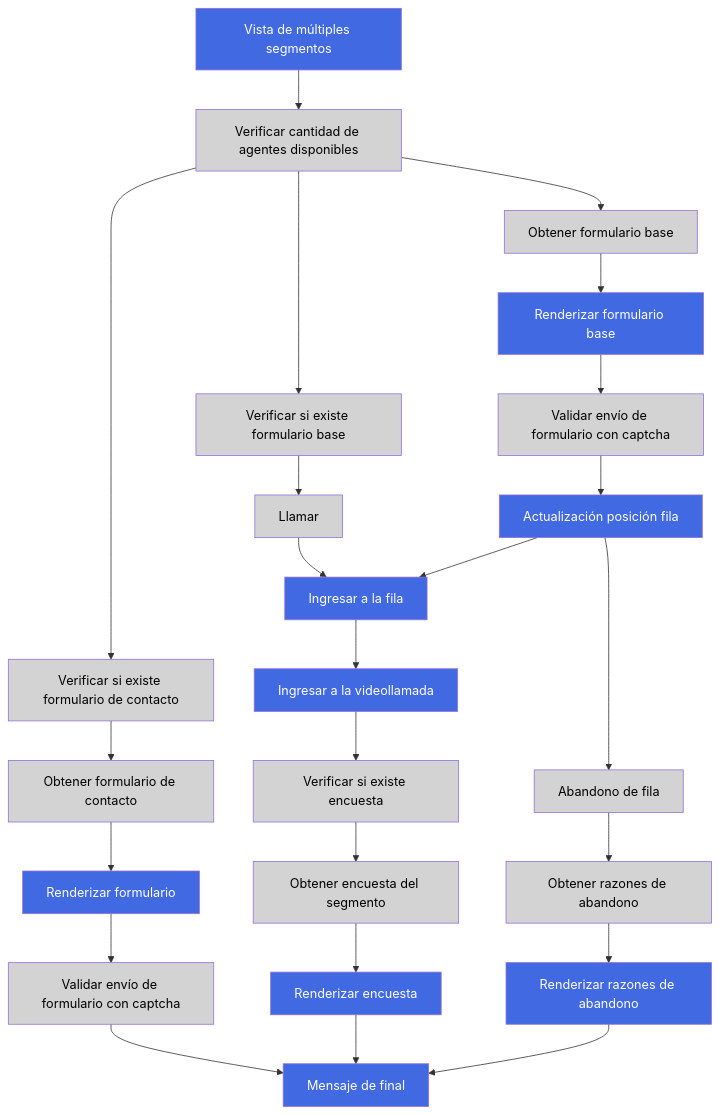
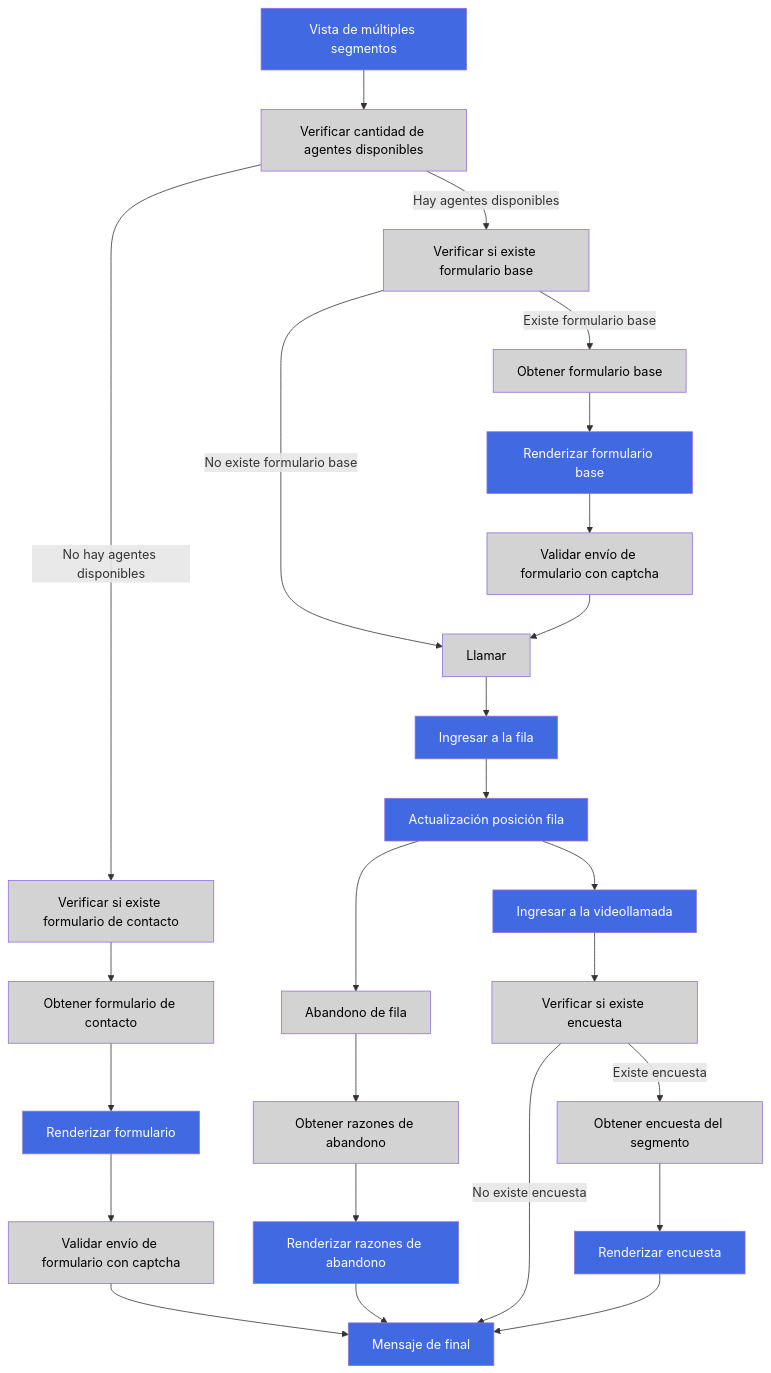
The diagram in sdks/phone/eventos.md (videsk/developers-docs-es), drawn with Mermaid before and after one commit.

Commit message:
GITBOOK-304: change request with no subject merged in GitBook

````diff
--- a/sdks/phone/eventos.md
+++ b/sdks/phone/eventos.md
@@ -5,74 +5,72 @@
 ```mermaid
 flowchart TB
-    %% Definición de estilos
-    classDef interface fill:#4169E1,color:white
-    classDef process fill:#D3D3D3,color:black
-
-    %% Nodos principales
-    Start[Vista de múltiples segmentos]:::interface
-    F2[Verificar cantidad de agentes disponibles]:::process
-    
-    %% Rama superior
-    F3[Verificar si existe formulario de contacto]:::process
-    F4[Obtener formulario de contacto]:::process
-    F5[Renderizar formulario]:::interface
-    F17[Validar envío de formulario con captcha]:::process
-
-    %% Rama media
-    F6[Verificar si existe formulario base]:::process
-    F8[Llamar]:::process
-    F9[Ingresar a la fila]:::interface
-    F12[Ingresar a la videollamada]:::interface
-    F13[Verificar si existe encuesta]:::process
-    
-    %% Rama inferior
-    F7[Obtener formulario base]:::process
-    F10[Renderizar formulario base]:::interface
-    F11[Validar envío de formulario con captcha]:::process
-    F22[Actualización posición fila]:::interface
-    
-    %% Rama de abandono
-    F14[Abandono de fila]:::process
-    F25[Obtener razones de abandono]:::process
-    F26[Renderizar razones de abandono]:::interface
-    
-    %% Rama final
-    F24[Obtener encuesta del segmento]:::process
-    F27[Renderizar encuesta]:::interface
-    End[Mensaje de final]:::interface
-
-    %% Conexiones
-    Start --> F2
-    F2 --> F3
-    F2 --> F6
-    F2 --> F7
-    
-    %% Rama superior
-    F3 --> F4
-    F4 --> F5
-    F5 --> F17
-    F17 --> End
-    
-    %% Rama media
-    F6 --> F8
-    F8 --> F9
-    F9 --> F12
-    F12 --> F13
-    F13 --> F24
-    
-    %% Rama inferior
-    F7 --> F10
-    F10 --> F11
-    F11 --> F22
-    F22 --> F9
-    F22 --> F14
-    
-    %% Rama de abandono
-    F14 --> F25
-    F25 --> F26
-    F26 --> End
-    
-    %% Rama final
-    F24 --> F27
-    F27 --> End
+ %% Definición de estilos
+classDef interface fill:#4169E1,color:white
+classDef process fill:#D3D3D3,color:black
+%% Nodos principales
+ Start[Vista de múltiples segmentos]:::interface
+ F2[Verificar cantidad de agentes disponibles]:::process
+%% Rama superior - No hay agentes disponibles
+ F3[Verificar si existe formulario de contacto]:::process
+ F4[Obtener formulario de contacto]:::process
+ F5[Renderizar formulario]:::interface
+ F17[Validar envío de formulario con captcha]:::process
+%% Rama media - Hay agentes disponibles
+ F6[Verificar si existe formulario base]:::process
+ F8[Llamar]:::process
+ F9[Ingresar a la fila]:::interface
+ F22[Actualización posición fila]:::interface
+ F12[Ingresar a la videollamada]:::interface
+ F13[Verificar si existe encuesta]:::process
+%% Rama inferior - Tiene formulario base
+ F7[Obtener formulario base]:::process
+ F10[Renderizar formulario base]:::interface
+ F11[Validar envío de formulario con captcha]:::process
+%% Rama de abandono
+ F14[Abandono de fila]:::process
+ F25[Obtener razones de abandono]:::process
+ F26[Renderizar razones de abandono]:::interface
+%% Rama final
+ F24[Obtener encuesta del segmento]:::process
+ F27[Renderizar encuesta]:::interface
+End[Mensaje de final]:::interface
+%% Conexiones
+ Start --> F2
+ 
+ %% Rama NO hay agentes disponibles
+ F2 -- No hay agentes disponibles --> F3
+ F3 --> F4
+ F4 --> F5
+ F5 --> F17
+ F17 --> End
+ 
+ %% Rama SÍ hay agentes disponibles
+ F2 -- Hay agentes disponibles --> F6
+ 
+ %% NO hay formulario base
+ F6 -- No existe formulario base --> F8
+ 
+ %% SÍ hay formulario base
+ F6 -- Existe formulario base --> F7
+ F7 --> F10
+ F10 --> F11
+ F11 --> F8
+ 
+ %% Secuencia común después de llamar
+ F8 --> F9
+ F9 --> F22
+ F22 --> F12
+ F12 --> F13
+ 
+ %% Opción de abandono desde actualización de fila
+ F22 --> F14
+ F14 --> F25
+ F25 --> F26
+ F26 --> End
+ 
+ %% Rama final después de videollamada
+ F13 -- Existe encuesta --> F24
+ F13 -- No existe encuesta --> End
+ F24 --> F27
+ F27 --> End
 ```
````
